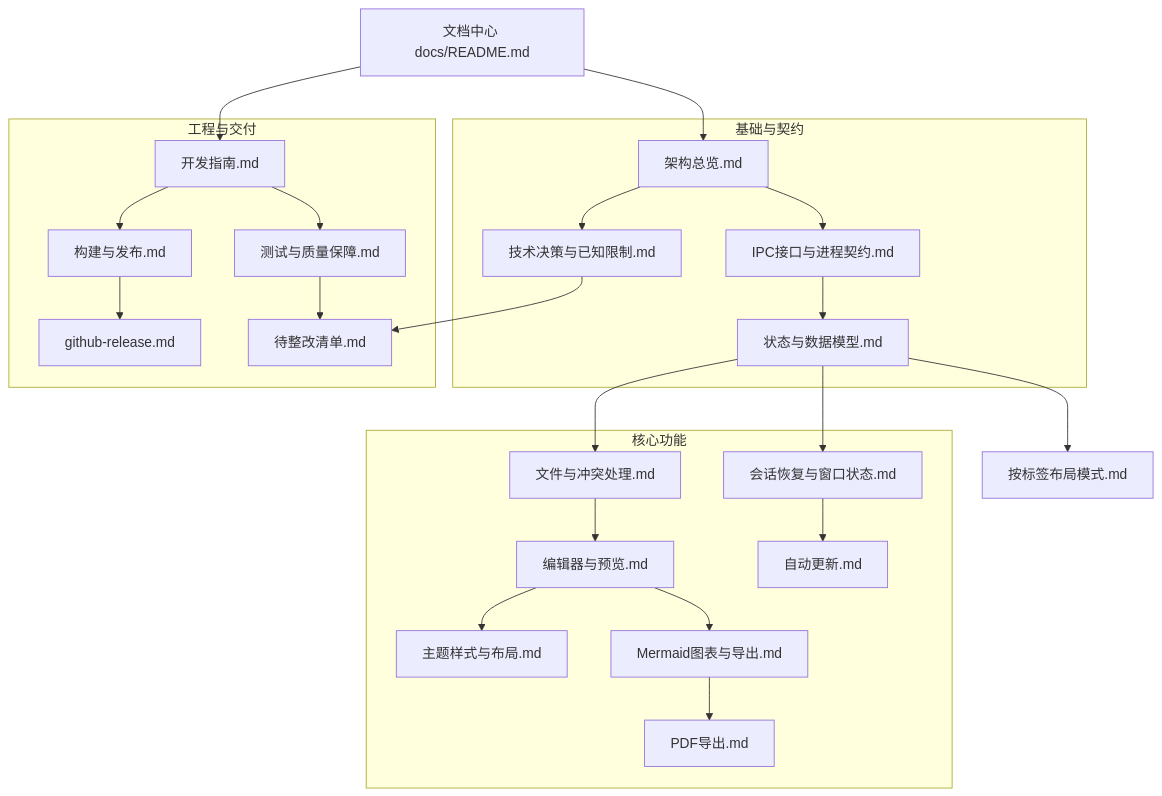
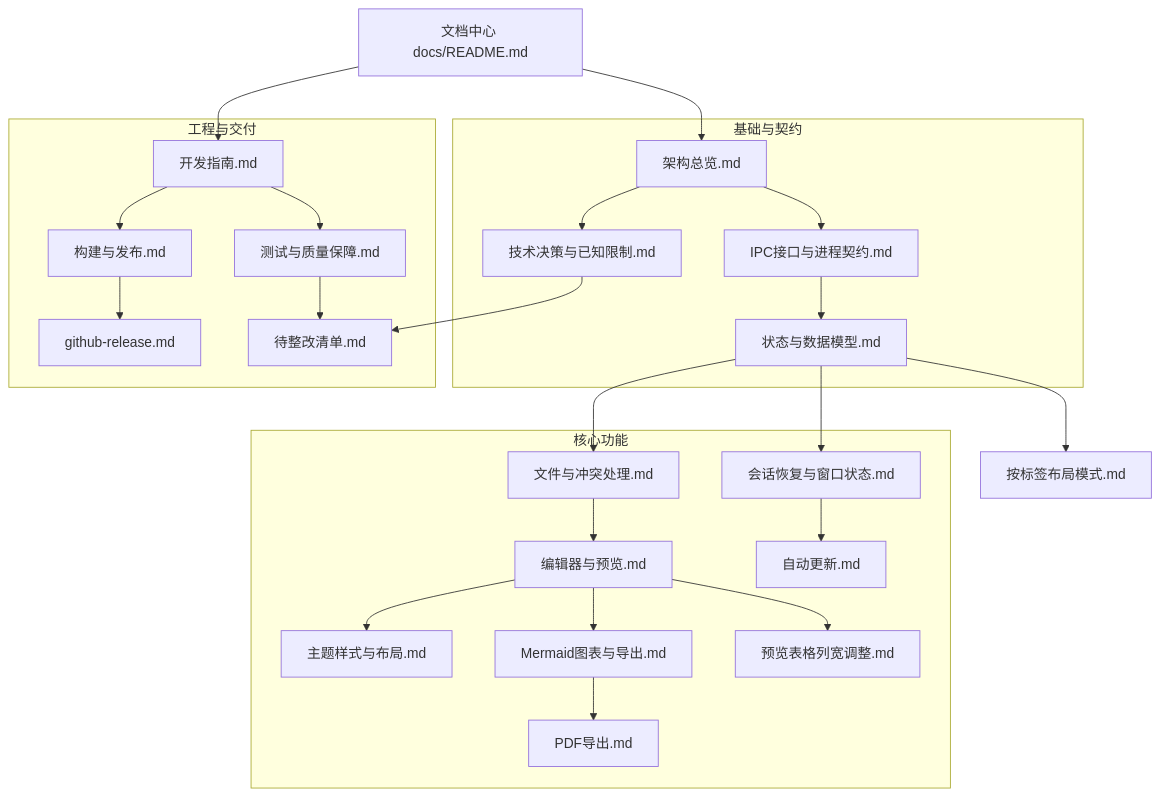
The diagram in docs/README.md (Harley-xk/mark-it), drawn with Mermaid before and after one commit. The commit also changed other lines of this file and 9 other files, not shown here.

````diff
--- a/docs/README.md
+++ b/docs/README.md
@@ -14,48 +14,50 @@
 ```mermaid
 flowchart TD
   IDX["文档中心 docs/README.md"]
 
   subgraph 基础与契约
     ARCH["架构总览.md"]
     DEC["技术决策与已知限制.md"]
     IPC["IPC接口与进程契约.md"]
     DATA["状态与数据模型.md"]
   end
 
   subgraph 核心功能
     FILE["文件与冲突处理.md"]
     SESSION["会话恢复与窗口状态.md"]
     EDIT["编辑器与预览.md"]
     THEME["主题样式与布局.md"]
     MERMAID["Mermaid图表与导出.md"]
     PDF["PDF导出.md"]
+    TABLE["预览表格列宽调整.md"]
     UPDATE["自动更新.md"]
   end
 
   subgraph 工程与交付
     BUILD["构建与发布.md"]
     RELEASE["github-release.md"]
     DEV["开发指南.md"]
     QA["测试与质量保障.md"]
     TODO["待整改清单.md"]
   end
 
   IDX --> ARCH
   IDX --> DEV
   ARCH --> DEC
   ARCH --> IPC
   IPC --> DATA
   DATA --> FILE
   DATA --> SESSION
   DATA --> LAYOUT["按标签布局模式.md"]
   FILE --> EDIT
   EDIT --> THEME
   EDIT --> MERMAID
+  EDIT --> TABLE
   MERMAID --> PDF
   SESSION --> UPDATE
   DEV --> QA
   DEV --> BUILD
   BUILD --> RELEASE
   QA --> TODO
   DEC --> TODO
 ```
````
